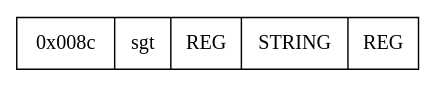
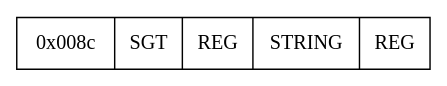
The diagram in docs/books/crexx_vm_spec/0x008c.gv (adesutherland/CREXX), drawn with Graphviz before and after one commit. The commit also changed 528 other files, not shown here.

```diff
--- a/docs/books/crexx_vm_spec/0x008c.gv
+++ b/docs/books/crexx_vm_spec/0x008c.gv
@@ -1,4 +1,4 @@
 digraph regs {
 node[shape=record]
-struct1 [label="0x008c|sgt        |   REG|STRING|REG      "];
+struct1 [label="0x008c|SGT        |   REG|STRING|REG      "];
 }
```
